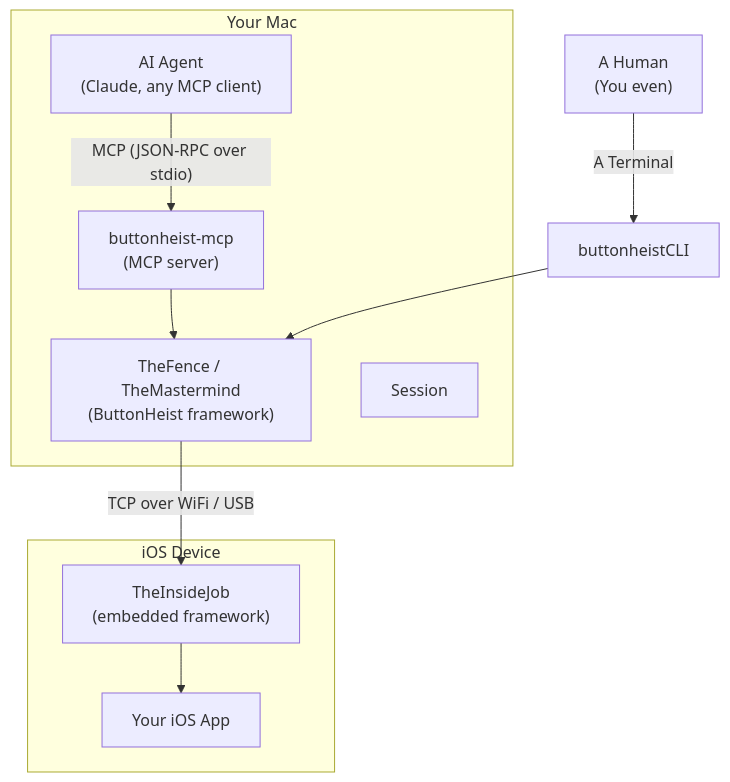
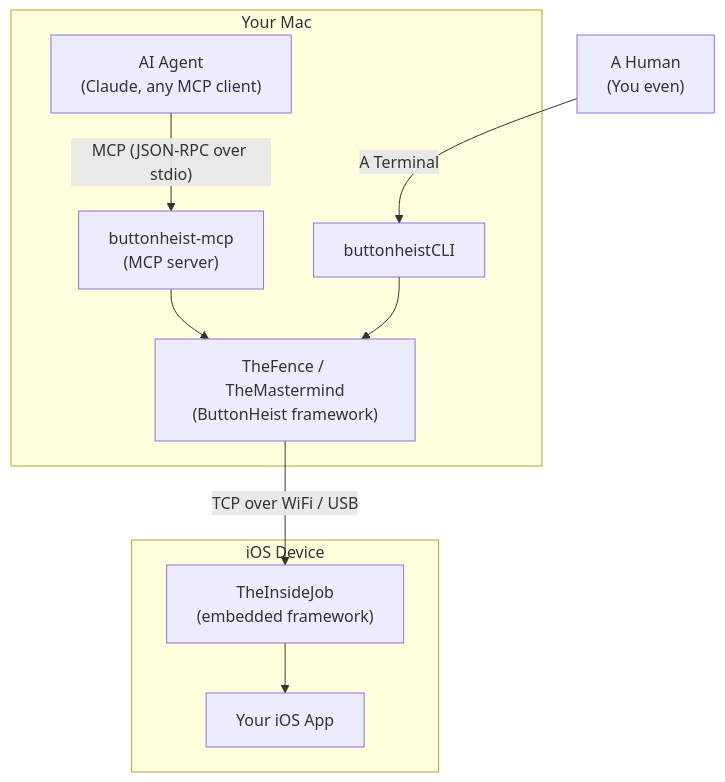
The diagram in README.md (RoyalPineapple/TheButtonHeist), drawn with Mermaid before and after one commit.

````diff
--- a/README.md
+++ b/README.md
@@ -55,30 +55,30 @@
 ```mermaid
 %% If you can read this, the diagram isn't rendering. Try github.com in a browser.
 graph TD
     AI["AI Agent<br/>(Claude, any MCP client)"]
     HUMAN["A Human<br/> (You even)"]
     MCP["buttonheist-mcp<br/>(MCP server)"]
     CLI["buttonheistCLI"]
     Client["TheFence / TheMastermind<br/>(ButtonHeist framework)"]
     IJ["TheInsideJob<br/>(embedded framework)"]
     App["Your iOS App"]
 
     AI -->|"MCP (JSON-RPC over stdio)"| MCP
     MCP --> Client
     HUMAN -->|"A Terminal"| CLI
     CLI --> Client
     Client -->|"TCP over WiFi / USB"| IJ
     IJ --> App
 
     subgraph Mac["Your Mac"]
         AI
         MCP
-        Session
+        CLI
         Client
     end
 
     subgraph Device["iOS Device"]
         IJ
         App
     end
 ```
````
